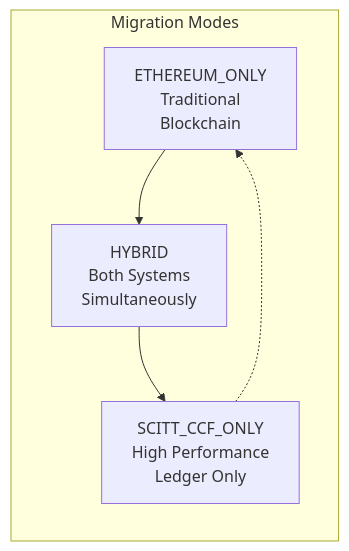
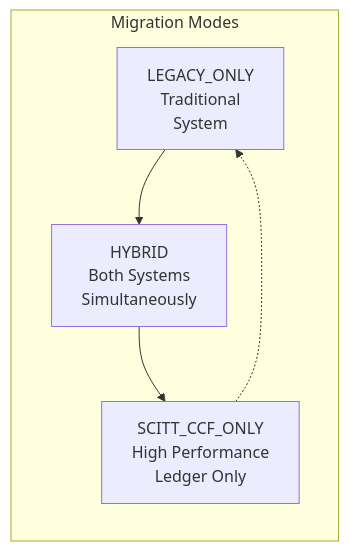
The fifth of 15 diagrams in docs/ARCHITECTURE.md (gitmujoshi/Confidential-AI-Network), drawn with Mermaid before and after one commit. The commit also changed other lines of this file and 3 other files, not shown here.

````diff
--- a/docs/ARCHITECTURE.md
+++ b/docs/ARCHITECTURE.md
@@ -290,12 +290,12 @@
 ```mermaid
 graph LR
     subgraph "Migration Modes"
-        EthereumOnly["ETHEREUM_ONLY<br/>Traditional<br/>Blockchain"]
+        LegacyOnly["LEGACY_ONLY<br/>Traditional<br/>System"]
         Hybrid["HYBRID<br/>Both Systems<br/>Simultaneously"]
         SCITTOnly["SCITT_CCF_ONLY<br/>High Performance<br/>Ledger Only"]
     end
     
-    EthereumOnly --> Hybrid
+    LegacyOnly --> Hybrid
     Hybrid --> SCITTOnly
-    SCITTOnly -.-> EthereumOnly
+    SCITTOnly -.-> LegacyOnly
 ```
````
